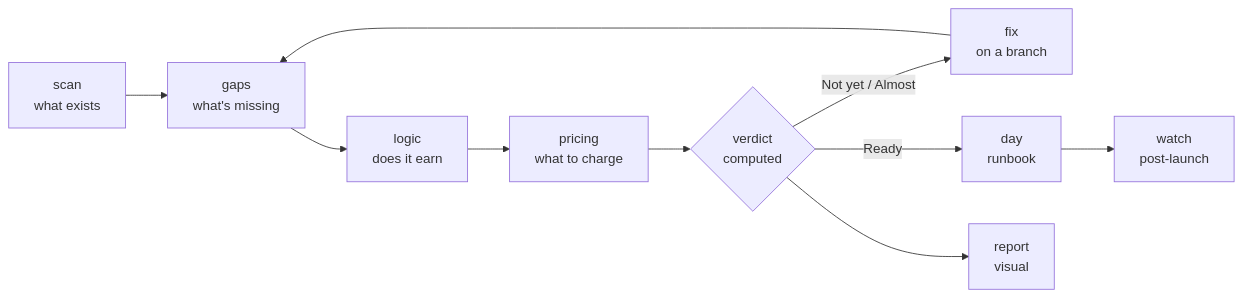
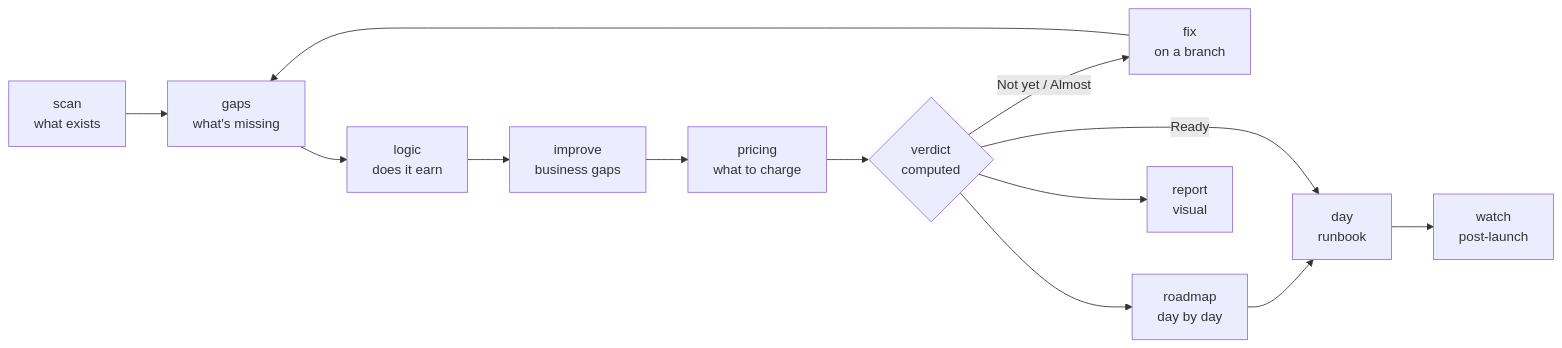
Before and after one commit to Gihonix/production-ready-skill: the diagram in README.md, drawn with Mermaid. The commit also changed other lines of this file and 2 other files, not shown here.

Commit message:
Document the twelve-skill pack: README, flow diagram, plugin manifest, changelog

````diff
--- a/README.md
+++ b/README.md
@@ -111,12 +118,15 @@
 ```mermaid
 flowchart LR
   A[scan<br/>what exists] --> B[gaps<br/>what's missing]
   B --> C[logic<br/>does it earn]
-  C --> D[pricing<br/>what to charge]
+  C --> I[improve<br/>business gaps]
+  I --> D[pricing<br/>what to charge]
   D --> E{verdict<br/>computed}
   E -->|Not yet / Almost| F[fix<br/>on a branch]
   F --> B
-  E -->|Ready| G[day<br/>runbook]
+  E --> M[roadmap<br/>day by day]
+  M --> G[day<br/>runbook]
+  E -->|Ready| G
   G --> H[watch<br/>post-launch]
   E --> R[report<br/>visual]
 ```
````
